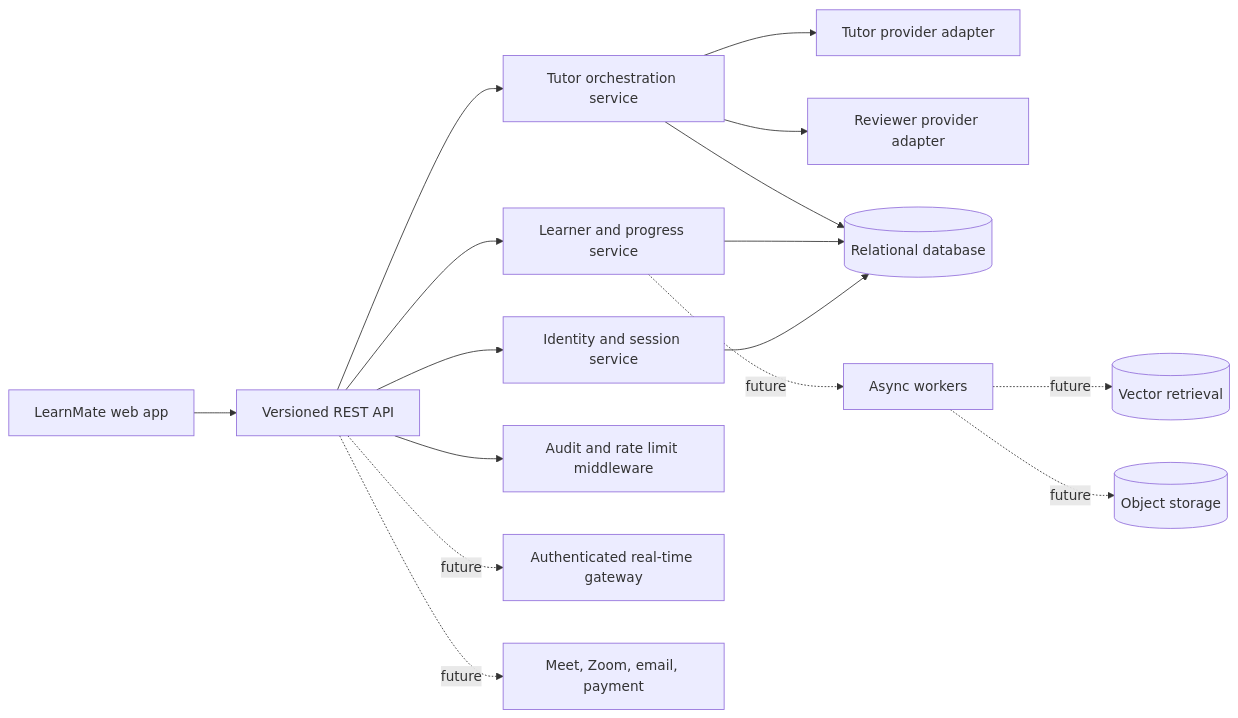
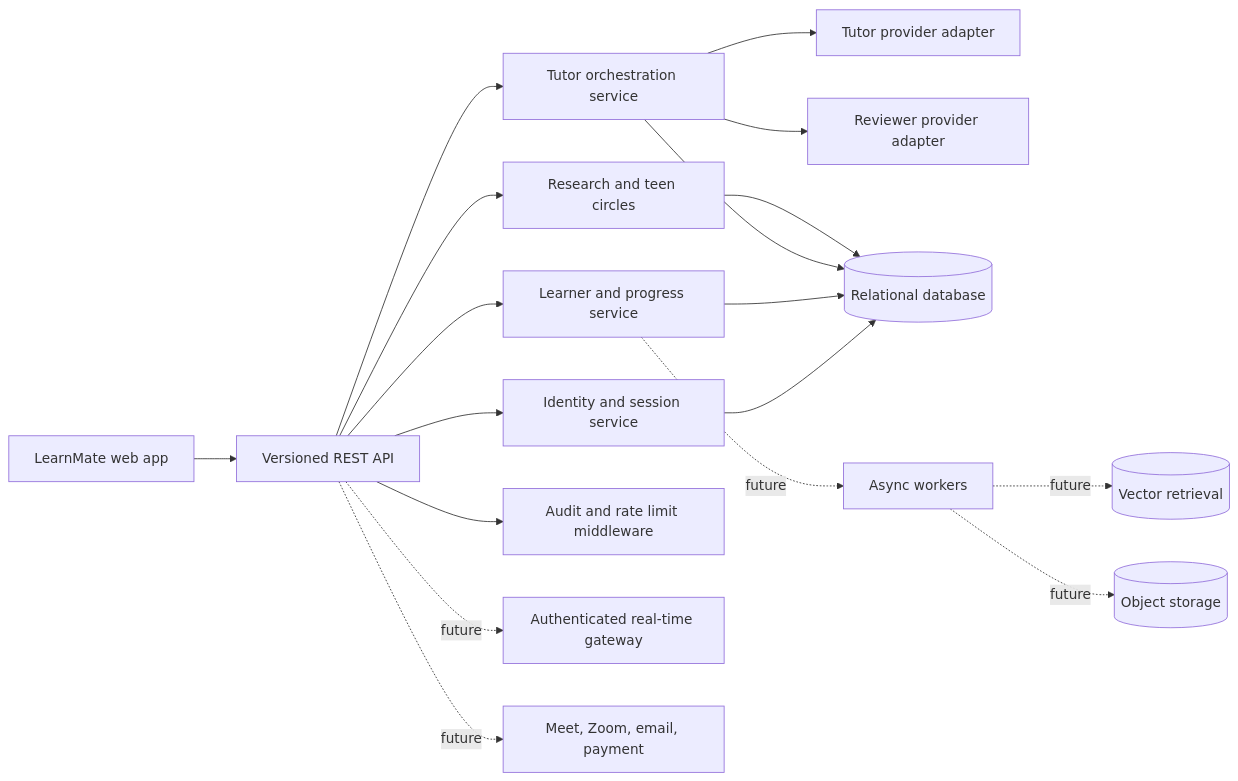
The first of 4 diagrams in docs/architecture.md (hironbiswas57-droid/LEARNINGBUDDY), drawn with Mermaid before and after one commit. The commit also changed other lines of this file and 9 other files, not shown here.

Commit message:
Add curiosity research and teen study circles

````diff
--- a/docs/architecture.md
+++ b/docs/architecture.md
@@ -20,18 +20,20 @@
 ```mermaid
 flowchart LR
   Browser[LearnMate web app] --> HTTP[Versioned REST API]
   HTTP --> Auth[Identity and session service]
   HTTP --> Learning[Learner and progress service]
+  HTTP --> Curiosity[Research and teen circles]
   HTTP --> Tutor[Tutor orchestration service]
   Tutor --> Provider[Tutor provider adapter]
   Tutor --> Reviewer[Reviewer provider adapter]
   Auth --> DB[(Relational database)]
   Learning --> DB
   Tutor --> DB
+  Curiosity --> DB
   HTTP --> Audit[Audit and rate limit middleware]
   Learning -. future .-> Jobs[Async workers]
   Jobs -. future .-> Vector[(Vector retrieval)]
   Jobs -. future .-> Storage[(Object storage)]
   HTTP -. future .-> Socket[Authenticated real-time gateway]
   HTTP -. future .-> Integrations[Meet, Zoom, email, payment]
 ```
````
